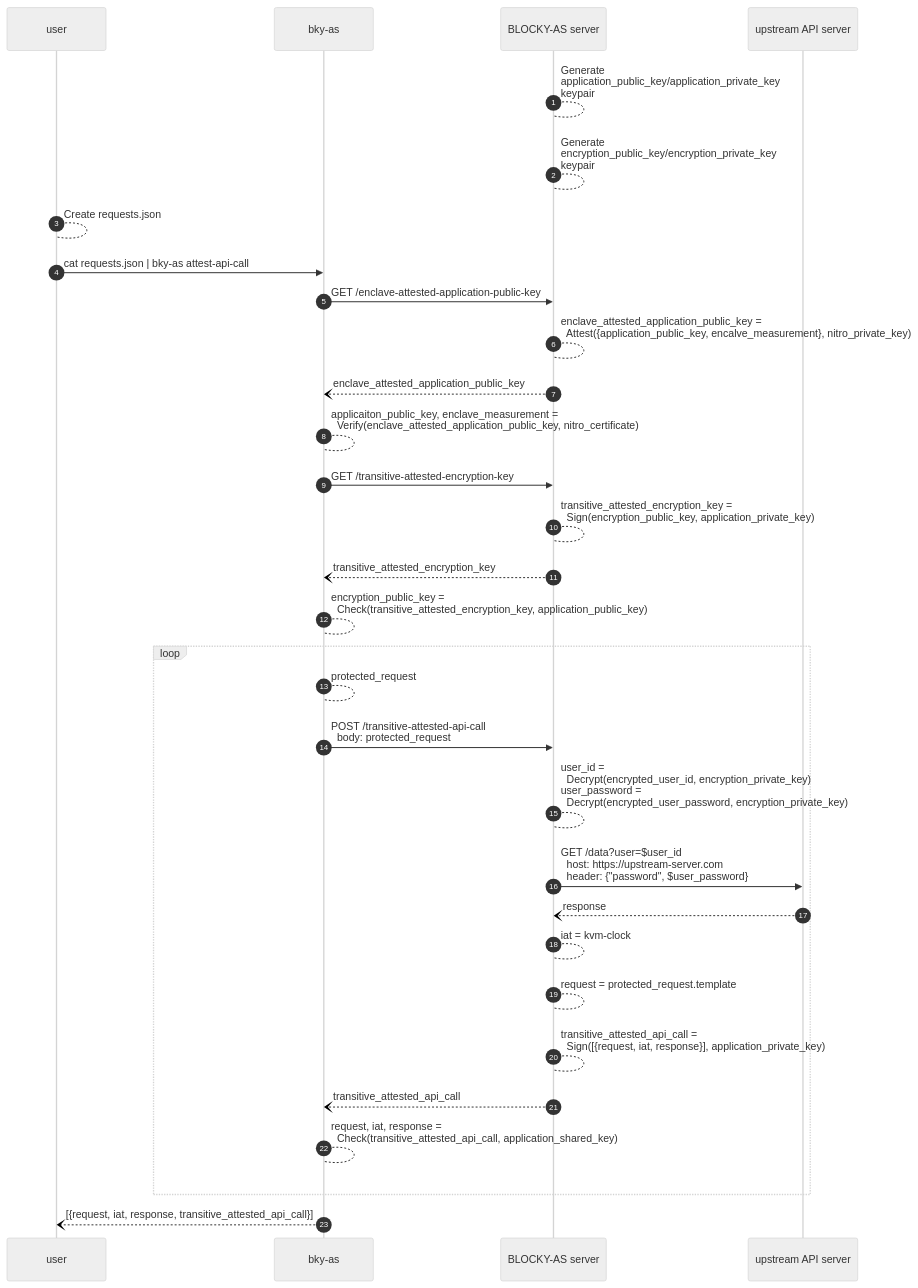
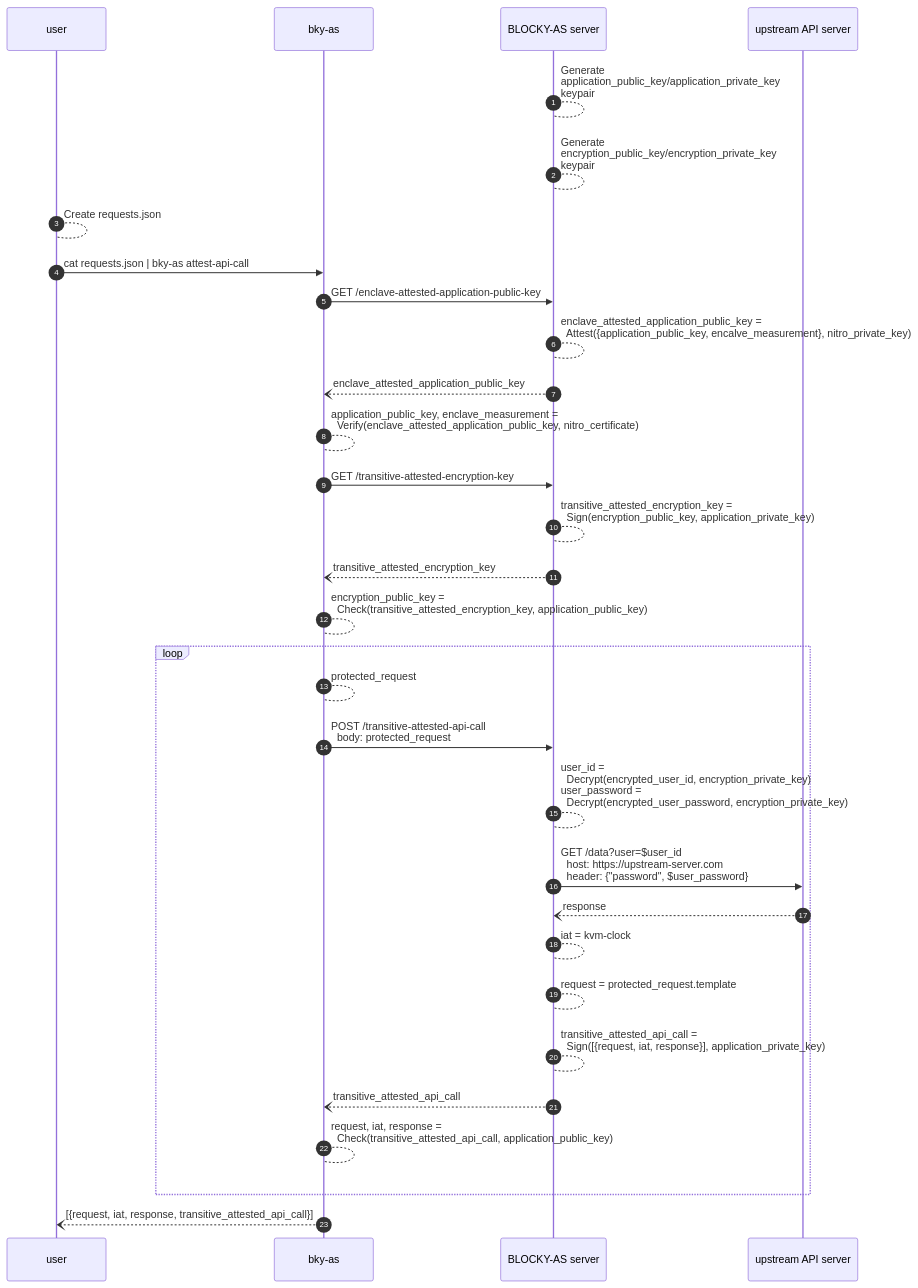
One commit to blocky/attestation-service-cli changed the diagram in README.md. Above: the diagram before and after it, drawn with Mermaid. The commit also changed other lines of this file, not shown here.

````diff
--- a/README.md
+++ b/README.md
@@ -341,53 +341,52 @@
 ```mermaid
 %%{init: { 'sequence': {'diagramMarginX': 300} }}%%
 %%{init: { 'sequence': {'actorMargin': 10} }}%%
 %%{init: { 'sequence': {'noteAlign': 'left'} }}%%
 %%{init: { 'sequence': {'messageAlign': 'left'} }}%%
-%%{init: {'theme':'neutral'}}%%
 
 sequenceDiagram
 	autonumber
 
 	participant user as user
 	participant cli as bky-as
 	participant as as BLOCKY-AS server
 	participant ext as upstream API server
 
 	as --> as: Generate <br>application_public_key/application_private_key <br> keypair
 	as --> as: Generate <br>encryption_public_key/encryption_private_key <br> keypair
 
 	user --> user: Create requests.json
 	user ->> cli: cat requests.json | bky-as attest-api-call
 	cli ->> as: GET /enclave-attested-application-public-key
 	as --> as: enclave_attested_application_public_key = <br> #nbsp; Attest({application_public_key, encalve_measurement}, nitro_private_key)
 	as --) cli: enclave_attested_application_public_key
-	cli --> cli: applicaiton_public_key, enclave_measurement = <br> #nbsp; Verify(enclave_attested_application_public_key, nitro_certificate)
+	cli --> cli: application_public_key, enclave_measurement = <br> #nbsp; Verify(enclave_attested_application_public_key, nitro_certificate)
 
 	cli ->> as: GET /transitive-attested-encryption-key
 	as --> as: transitive_attested_encryption_key = <br> #nbsp; Sign(encryption_public_key, application_private_key)
 	as --) cli: transitive_attested_encryption_key
 	cli --> cli: encryption_public_key = <br> #nbsp; Check(transitive_attested_encryption_key, application_public_key)
 
 	loop
 		cli --> cli: protected_request
-	%%		encrypted_user_id = <br> #nbsp; Encrypt( "secret_user_id", encryption_shared_key) <br> encrypted_user_password = <br> #nbsp; Encrypt( "secret_user_password", encryption_shared_key) <br> request = { <br> #nbsp; #nbsp; "environment": { <br> #nbsp; #nbsp; #nbsp; #nbsp; "user-id": encrypted_user_id, <br> #nbsp; #nbsp; #nbsp; #nbsp; "user-password": encrypted_user_password, <br> #nbsp; #nbsp; }, <br> #nbsp; #nbsp; "template": { <br> #nbsp; #nbsp; #nbsp; #nbsp; "method": "GET", <br> #nbsp; #nbsp; #nbsp; #nbsp; "url": "https://upstream-server.com/data?user={{user-id}}", <br> #nbsp; #nbsp; #nbsp; #nbsp; "header": { <br> #nbsp; #nbsp; #nbsp; #nbsp; #nbsp; #nbsp; "password": "{{user-password}}" <br> #nbsp; #nbsp; #nbsp; #nbsp; } <br> #nbsp; #nbsp; } <br> }
+	%%		encrypted_user_id = <br> #nbsp; Encrypt( "secret_user_id", encryption_public_key) <br> encrypted_user_password = <br> #nbsp; Encrypt( "secret_user_password", encryption_public_key) <br> request = { <br> #nbsp; #nbsp; "environment": { <br> #nbsp; #nbsp; #nbsp; #nbsp; "user-id": encrypted_user_id, <br> #nbsp; #nbsp; #nbsp; #nbsp; "user-password": encrypted_user_password, <br> #nbsp; #nbsp; }, <br> #nbsp; #nbsp; "template": { <br> #nbsp; #nbsp; #nbsp; #nbsp; "method": "GET", <br> #nbsp; #nbsp; #nbsp; #nbsp; "url": "https://upstream-server.com/data?user={{user-id}}", <br> #nbsp; #nbsp; #nbsp; #nbsp; "header": { <br> #nbsp; #nbsp; #nbsp; #nbsp; #nbsp; #nbsp; "password": "{{user-password}}" <br> #nbsp; #nbsp; #nbsp; #nbsp; } <br> #nbsp; #nbsp; } <br> }
 
 		cli ->> as: POST /transitive-attested-api-call <br> #nbsp; body: protected_request
 
 		as --> as: user_id = <br> #nbsp; Decrypt(encrypted_user_id, encryption_private_key) <br> user_password = <br> #nbsp; Decrypt(encrypted_user_password, encryption_private_key)
 	%%<br> request = { <br> #nbsp; #nbsp; "environment": { <br> #nbsp; #nbsp; #nbsp; #nbsp; "user-id": user_id, <br> #nbsp; #nbsp; #nbsp; #nbsp; #nbsp; "user-password": user_password, <br> #nbsp; #nbsp; }, <br> #nbsp; #nbsp; "template": { <br> #nbsp; #nbsp; #nbsp; #nbsp; "method": "GET", <br> #nbsp; #nbsp; #nbsp; #nbsp; "url": "https://upstream-server.com/data?user={{user-id}}", <br> #nbsp; #nbsp; #nbsp; #nbsp; "header": { <br> #nbsp; #nbsp; #nbsp; #nbsp; #nbsp; #nbsp; "password": "{{user-password}}" <br> #nbsp; #nbsp; #nbsp; #nbsp; } <br> #nbsp; #nbsp; } <br> }
 
 		as ->> ext: GET /data?user=$user_id <br> #nbsp; host: https://upstream-server.com <br> #nbsp; header: {"password", $user_password}
 		ext --) as: response
 		as --> as: iat = kvm-clock
 		as --> as: request = protected_request.template
 		as --> as: transitive_attested_api_call = <br> #nbsp; Sign([{request, iat, response}], application_private_key)
 
 		as --) cli: transitive_attested_api_call
 
-		cli --> cli: request, iat, response = <br> #nbsp; Check(transitive_attested_api_call, application_shared_key)
+		cli --> cli: request, iat, response = <br> #nbsp; Check(transitive_attested_api_call, application_public_key)
 	end
 
 	cli --) user: [{request, iat, response, transitive_attested_api_call}]
 
 ```
````
